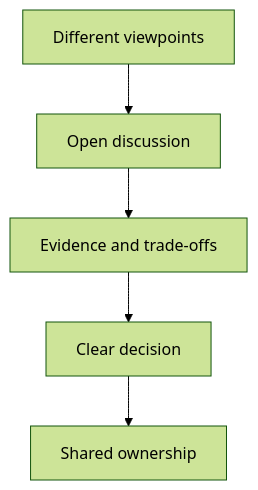
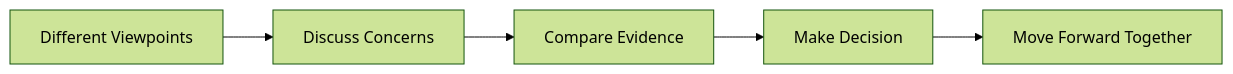
One commit to AvadhBhalodiya/Interview-Preparation changed the second of 5 diagrams in src/content/behavioral/conflict-disagreement.md. Above: the diagram before and after it, drawn with Mermaid (forest theme). The commit also changed other lines of this file and 54 other files, not shown here.

````diff
--- a/src/content/behavioral/conflict-disagreement.md
+++ b/src/content/behavioral/conflict-disagreement.md
@@ -46,7 +63,7 @@
 ```mermaid
-flowchart TD
-    A[Different viewpoints] --> B[Open discussion]
-    B --> C[Evidence and trade-offs]
-    C --> D[Clear decision]
-    D --> E[Shared ownership]
+flowchart LR
+    A[Different Viewpoints] --> B[Discuss Concerns]
+    B --> C[Compare Evidence]
+    C --> D[Make Decision]
+    D --> E[Move Forward Together]
 ```
````
